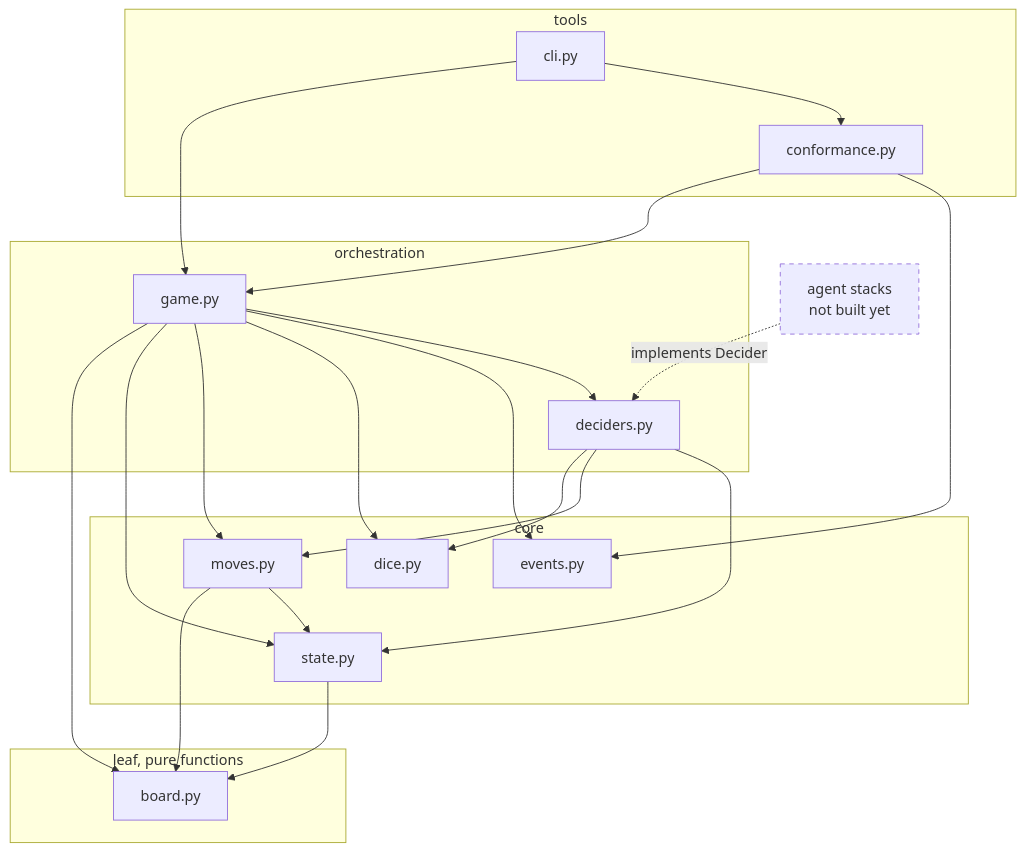
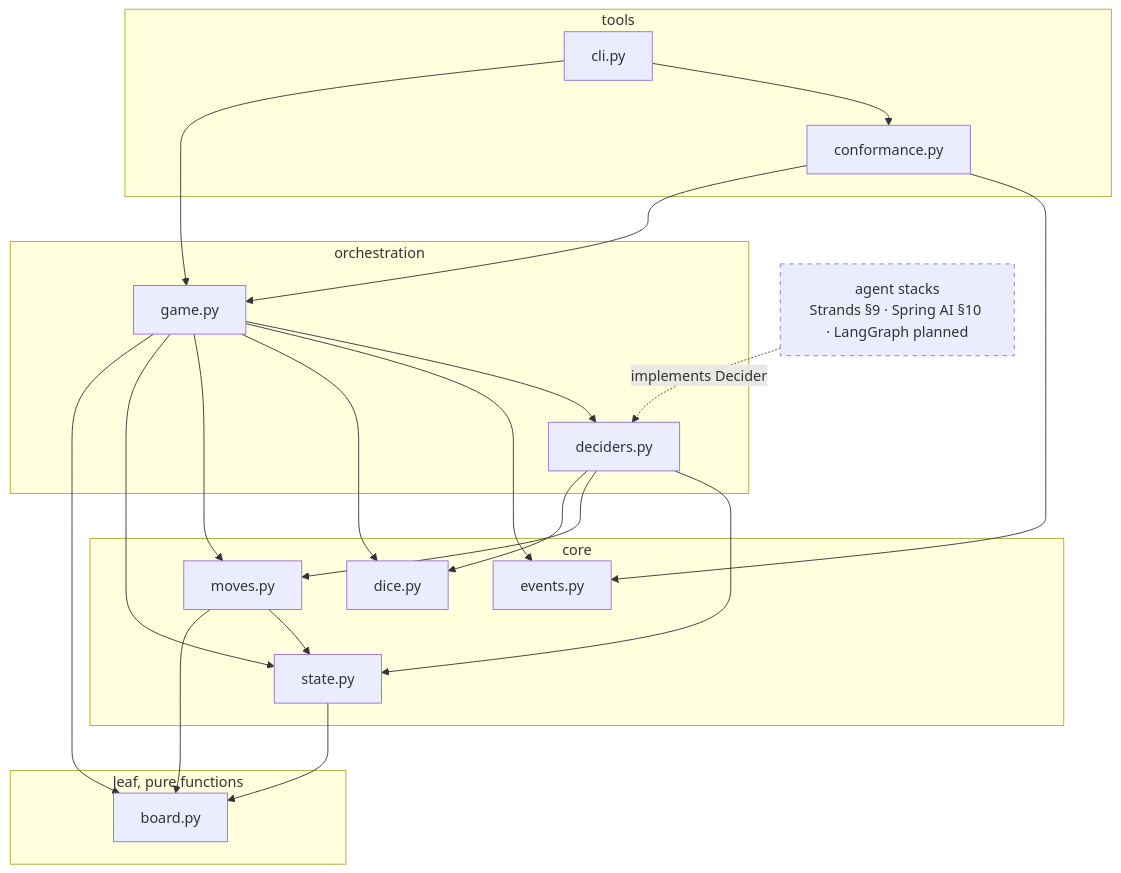
One commit to itamittech/llmeval changed the fifth of 20 diagrams in docs/projects/ludo/class-design.md. Above: the diagram before and after it, drawn with Mermaid. The commit also changed other lines of this file and 5 other files, not shown here.

First line of the commit message:
docs(class-design): draw the Spring AI harness (§10); real system-flow diagram in overview; truth sweep

````diff
--- a/docs/projects/ludo/class-design.md
+++ b/docs/projects/ludo/class-design.md
@@ -398,45 +400,45 @@
 ```mermaid
 flowchart TD
     subgraph leaf["leaf, pure functions"]
         board[board.py]
     end
 
     subgraph core["core"]
         state[state.py]
         moves[moves.py]
         dice[dice.py]
         events[events.py]
     end
 
     subgraph orch["orchestration"]
         deciders[deciders.py]
         game[game.py]
     end
 
     subgraph tools["tools"]
         conformance[conformance.py]
         cli[cli.py]
     end
 
-    outside["agent stacks<br/>not built yet"]
+    outside["agent stacks<br/>Strands §9 · Spring AI §10 · LangGraph planned"]
 
     state --> board
     moves --> board
     moves --> state
     deciders --> dice
     deciders --> moves
     deciders --> state
     game --> board
     game --> state
     game --> moves
     game --> dice
     game --> events
     game --> deciders
     conformance --> game
     conformance --> events
     cli --> game
     cli --> conformance
     outside -.->|implements Decider| deciders
 
     style outside stroke-dasharray: 5 5
 ```
````
